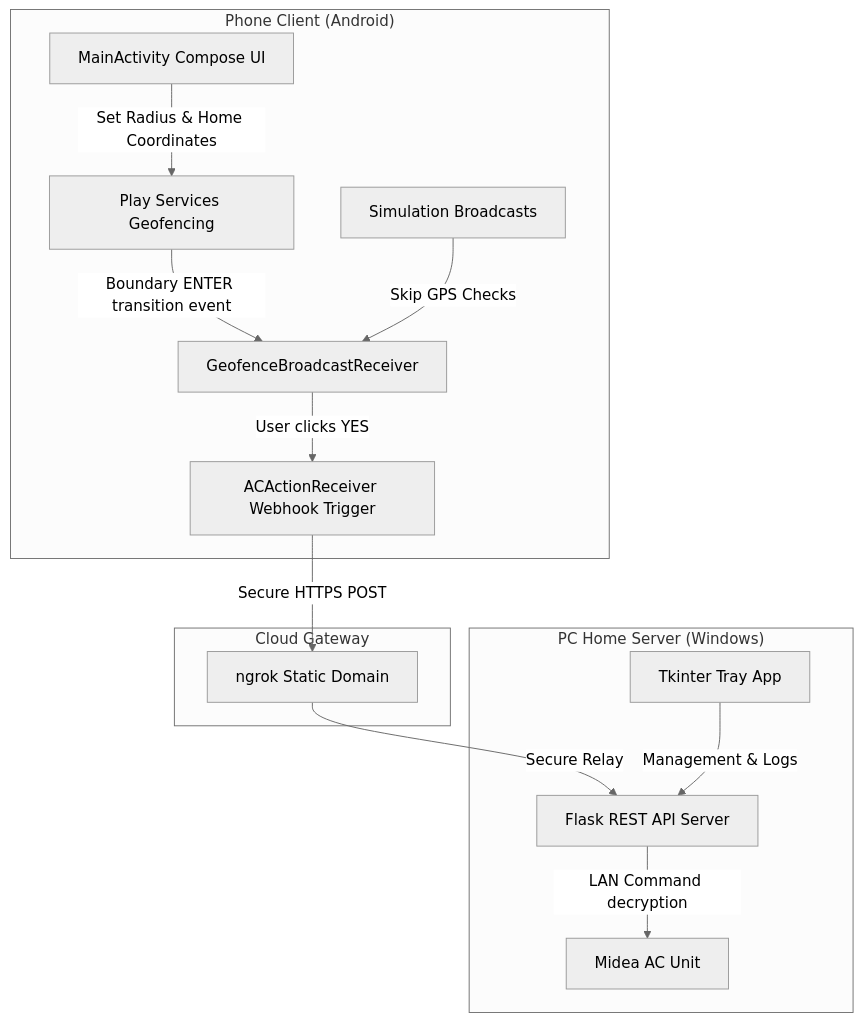
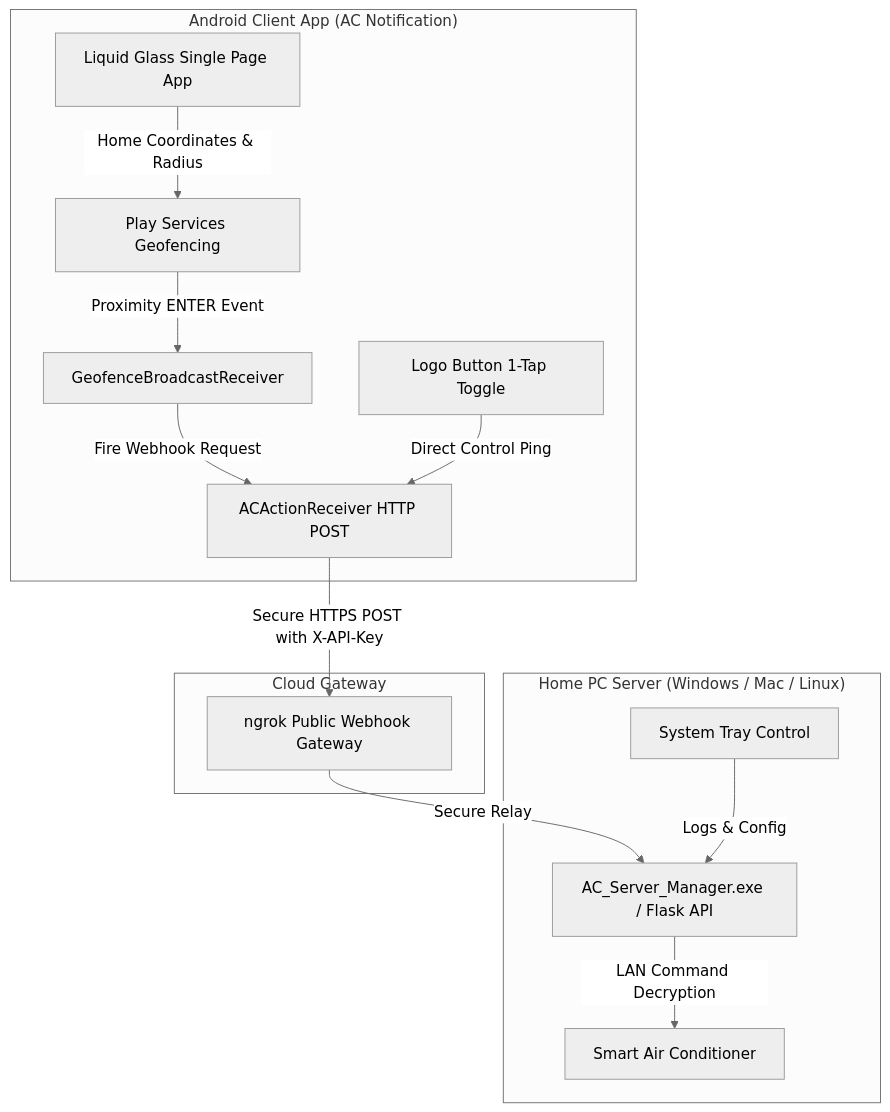
The diagram in README.md (ogadassi/ac-notification), drawn with Mermaid (neutral theme) before and after one commit. The commit also changed other lines of this file and 1106 other files, not shown here.

Commit message:
feat: Liquid Glass Onboarding Wizard, Standalone Windows Server Manager EXE, 3-in-1 Radius Control, and UI overhaul

````diff
--- a/README.md
+++ b/README.md
@@ -15,19 +59,19 @@
 ```mermaid
 flowchart TD
-    subgraph "Phone Client (Android)"
-        A[MainActivity Compose UI] -->|Set Radius & Home Coordinates| B[Play Services Geofencing]
-        B -->|Boundary ENTER transition event| C[GeofenceBroadcastReceiver]
-        C -->|User clicks YES| D[ACActionReceiver Webhook Trigger]
-        E[Simulation Broadcasts] -->|Skip GPS Checks| C
+    subgraph "Android Client App (AC Notification)"
+        A[Liquid Glass Single Page App] -->|Home Coordinates & Radius| B[Play Services Geofencing]
+        B -->|Proximity ENTER Event| C[GeofenceBroadcastReceiver]
+        C -->|Fire Webhook Request| D[ACActionReceiver HTTP POST]
+        E[Logo Button 1-Tap Toggle] -->|Direct Control Ping| D
     end
 
     subgraph "Cloud Gateway"
-        D -->|Secure HTTPS POST| F[ngrok Static Domain]
+        D -->|Secure HTTPS POST with X-API-Key| F[ngrok Public Webhook Gateway]
     end
 
-    subgraph "PC Home Server (Windows)"
-        F -->|Secure Relay| G[Flask REST API Server]
-        H[Tkinter Tray App] -->|Management & Logs| G
-        G -->|LAN Command decryption| I[Midea AC Unit]
+    subgraph "Home PC Server (Windows / Mac / Linux)"
+        F -->|Secure Relay| G[AC_Server_Manager.exe / Flask API]
+        H[System Tray Control] -->|Logs & Config| G
+        G -->|LAN Command Decryption| I[Smart Air Conditioner]
     end
 ```
````
